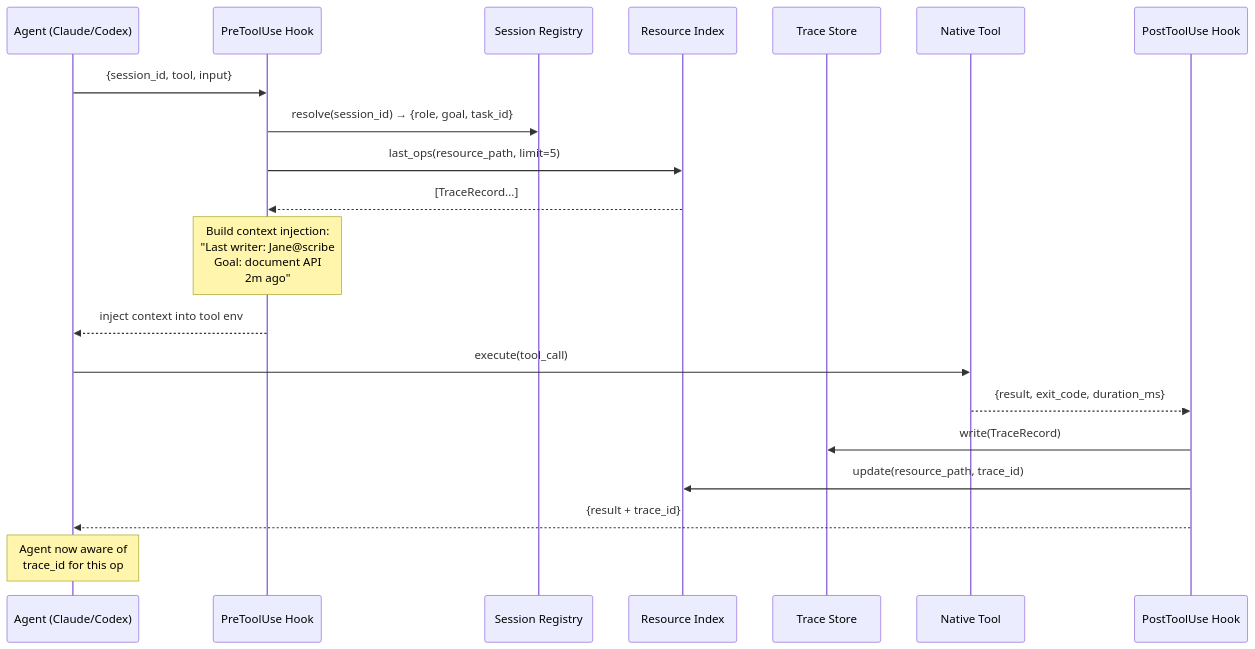
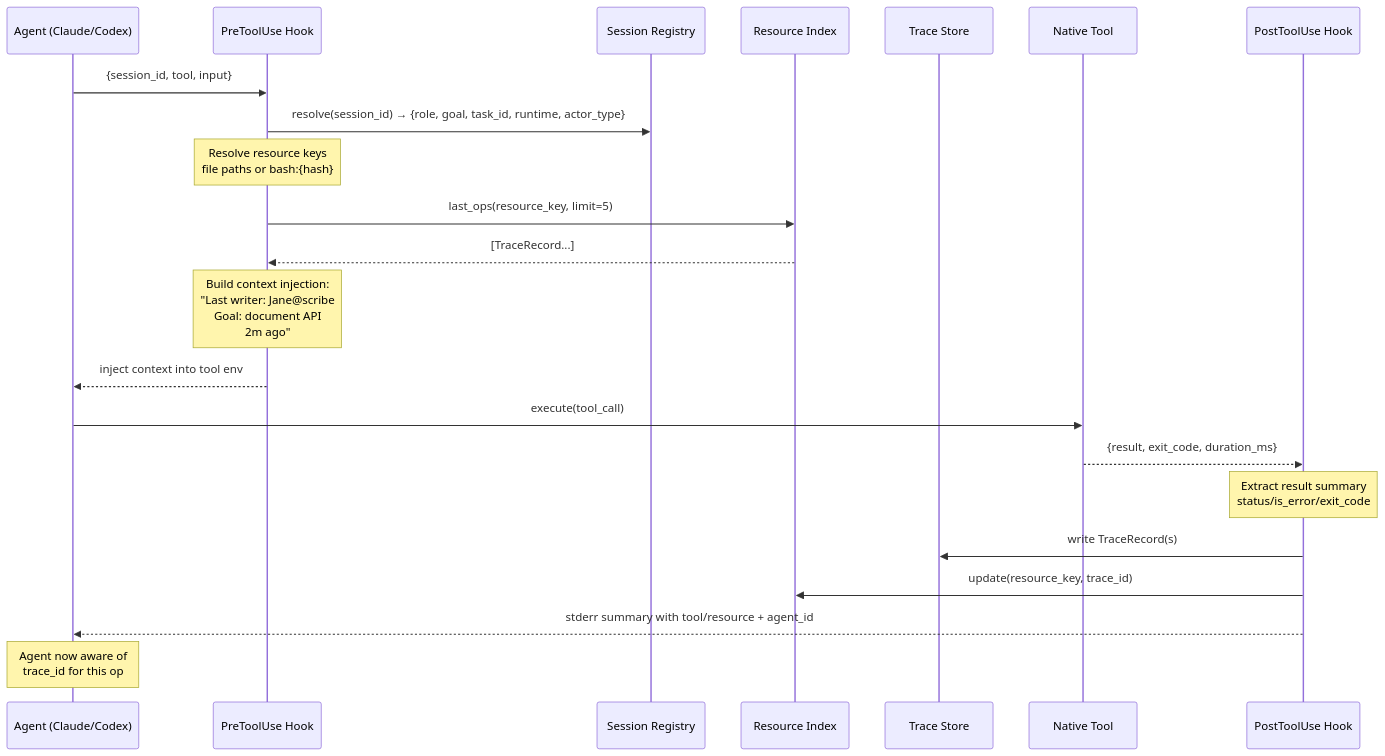
The second of 6 diagrams in docs/architecture.md (Shiyao-Huang/aids-tools), drawn with Mermaid before and after one commit. The commit also changed other lines of this file, not shown here.

Commit message:
docs: apply Legion7 architecture update

````diff
--- a/docs/architecture.md
+++ b/docs/architecture.md
@@ -87,23 +97,25 @@
 ```mermaid
 sequenceDiagram
     participant A as Agent (Claude/Codex)
     participant PRE as PreToolUse Hook
     participant SR as Session Registry
     participant IDX as Resource Index
     participant TS as Trace Store
     participant TOOL as Native Tool
     participant POST as PostToolUse Hook
 
     A->>PRE: {session_id, tool, input}
-    PRE->>SR: resolve(session_id) → {role, goal, task_id}
-    PRE->>IDX: last_ops(resource_path, limit=5)
+    PRE->>SR: resolve(session_id) → {role, goal, task_id, runtime, actor_type}
+    Note over PRE: Resolve resource keys<br/>file paths or bash:{hash}
+    PRE->>IDX: last_ops(resource_key, limit=5)
     IDX-->>PRE: [TraceRecord...]
     Note over PRE: Build context injection:<br/>"Last writer: Jane@scribe<br/>Goal: document API<br/>2m ago"
     PRE-->>A: inject context into tool env
     A->>TOOL: execute(tool_call)
     TOOL-->>POST: {result, exit_code, duration_ms}
-    POST->>TS: write(TraceRecord)
-    POST->>IDX: update(resource_path, trace_id)
-    POST-->>A: {result + trace_id}
+    Note over POST: Extract result summary<br/>status/is_error/exit_code
+    POST->>TS: write TraceRecord(s)
+    POST->>IDX: update(resource_key, trace_id)
+    POST-->>A: stderr summary with tool/resource + agent_id
     Note over A: Agent now aware of<br/>trace_id for this op
 ```
````
